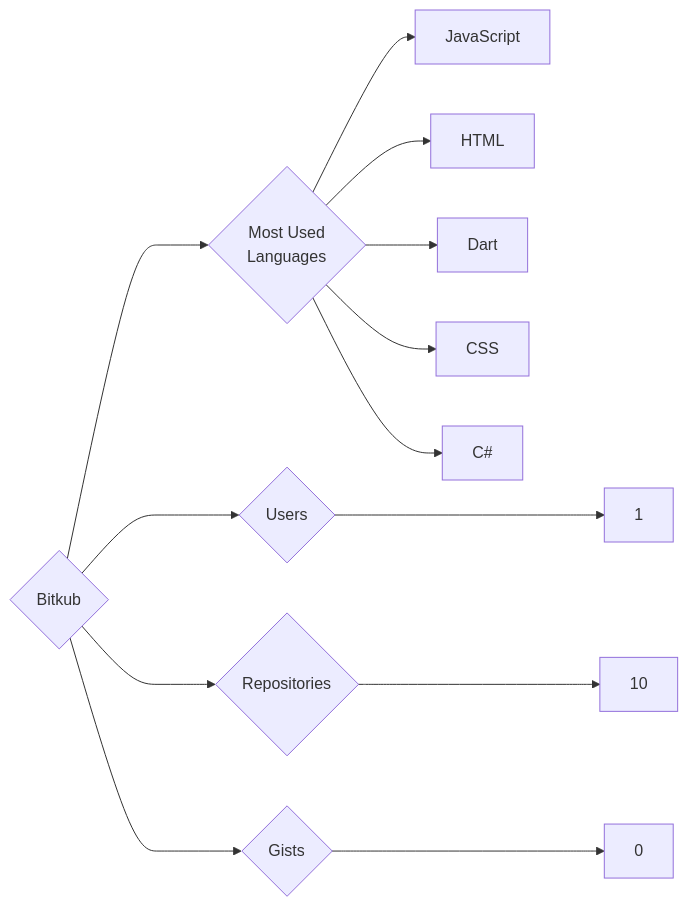
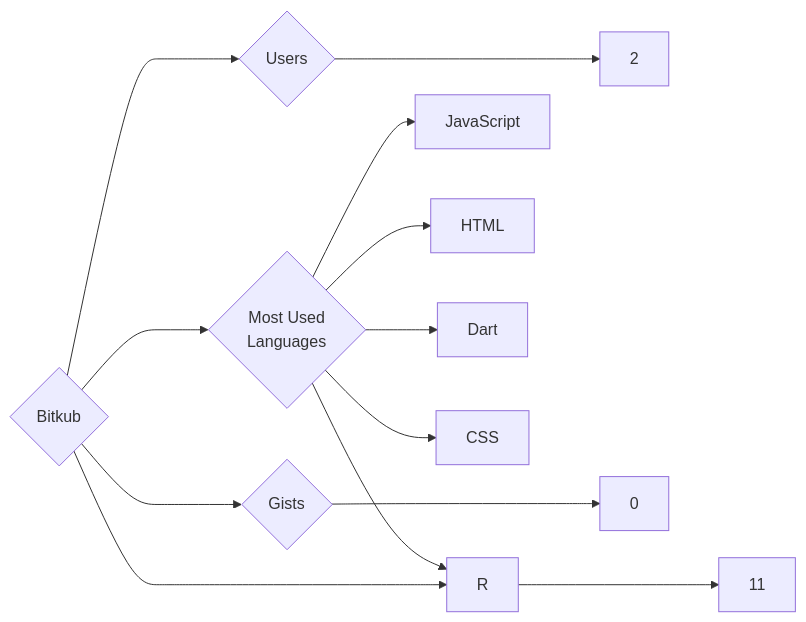
One commit to trickest/insiders changed the diagram in targets/Bitkub/README.md. Above: the diagram before and after it, drawn with Mermaid. The commit also changed 1036 other files, not shown here.

````diff
--- a/targets/Bitkub/README.md
+++ b/targets/Bitkub/README.md
@@ -3,13 +3,13 @@
 ```mermaid
 graph LR
 COMPANY_NAME{Bitkub}
-COMPANY_NAME ---> U{Users} ---> UN[1]
-COMPANY_NAME ---> R{Repositories} ---> RN[10]
+COMPANY_NAME ---> U{Users} ---> UN[2]
+COMPANY_NAME ---> R{Repositories} ---> RN[11]
 COMPANY_NAME ---> G{Gists} ---> GN[0]
 COMPANY_NAME ---> ML{Most Used<br>Languages}
 ML --> JavaScript[JavaScript]
 ML --> HTML[HTML]
 ML --> Dart[Dart]
 ML --> CSS[CSS]
-ML --> C#[C#]
+ML --> R[R]
 ```
````
